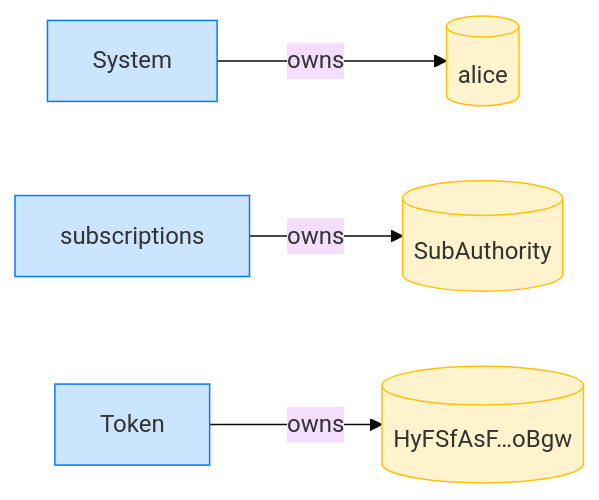
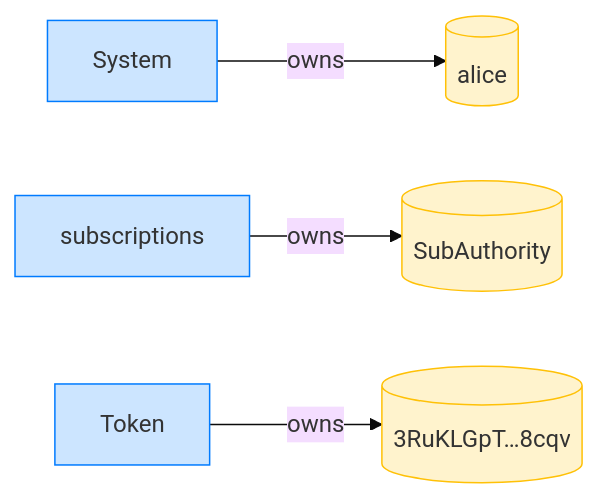
One commit to cds-rs/subscriptions changed the fourth of 8 diagrams in dsl_tests/transfer-subscription--writable-accounts-must-be-writable.md. Above: the diagram before and after it, drawn with Mermaid (base theme). The commit also changed other lines of this file and 224 other files, not shown here.

````diff
--- a/dsl_tests/transfer-subscription--writable-accounts-must-be-writable.md
+++ b/dsl_tests/transfer-subscription--writable-accounts-must-be-writable.md
@@ -73,14 +78,14 @@
 ```mermaid
 flowchart LR
     classDef owner fill:#cce5ff,stroke:#007bff;
     classDef account fill:#fff3cd,stroke:#ffc107;
     System[System]:::owner
     alice[(alice)]:::account
     subscriptions[subscriptions]:::owner
     SubAuthority[(SubAuthority)]:::account
     Token[Token]:::owner
-    HyFSfAsF_oBgw[("HyFSfAsF…oBgw")]:::account
+    3RuKLGpT_8cqv[("3RuKLGpT…8cqv")]:::account
     System -->|owns| alice
     subscriptions -->|owns| SubAuthority
-    Token -->|owns| HyFSfAsF_oBgw
+    Token -->|owns| 3RuKLGpT_8cqv
 ```
````
